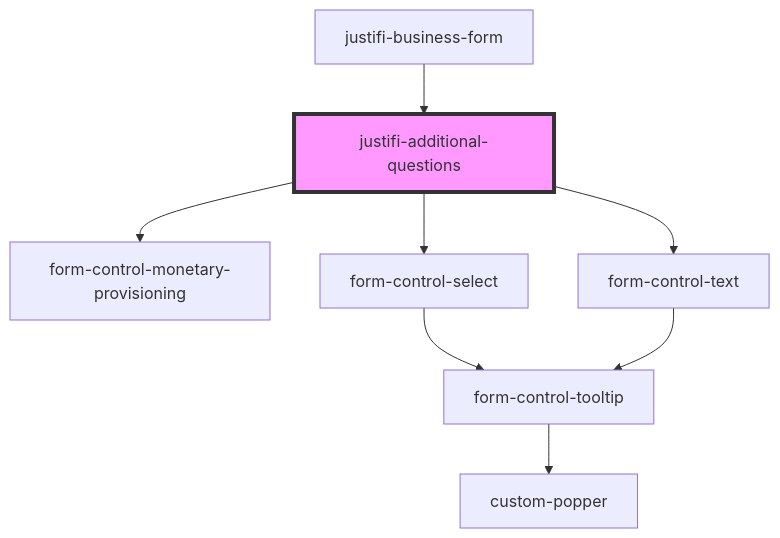
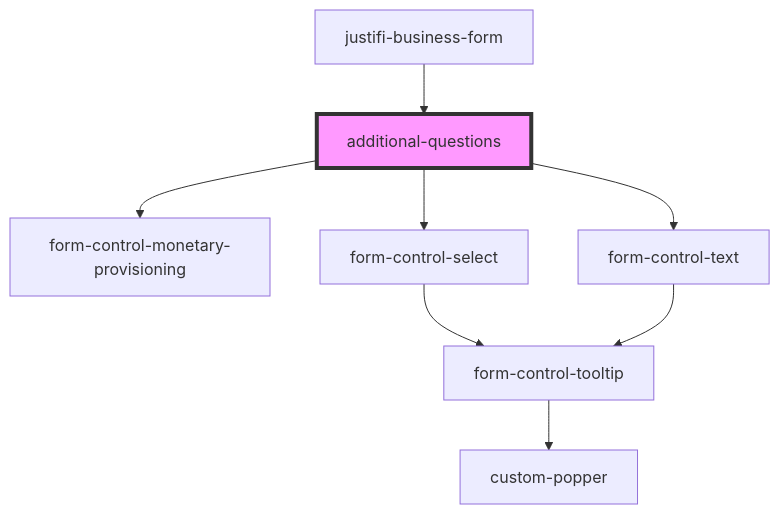
The diagram in packages/webcomponents/src/components/business-forms/business-form/additional-questions/readme.md (justifi-tech/web-component-library), drawn with Mermaid before and after one commit. The commit also changed 14 other files, not shown here.

First line of the commit message:
Refactor business forms components to remove 'Justifi' prefix

````diff
--- a/packages/webcomponents/src/components/business-forms/business-form/additional-questions/readme.md
+++ b/packages/webcomponents/src/components/business-forms/business-form/additional-questions/readme.md
@@ -28,11 +28,11 @@
 ```mermaid
 graph TD;
-  justifi-additional-questions --> form-control-monetary-provisioning
-  justifi-additional-questions --> form-control-select
-  justifi-additional-questions --> form-control-text
+  additional-questions --> form-control-monetary-provisioning
+  additional-questions --> form-control-select
+  additional-questions --> form-control-text
   form-control-select --> form-control-tooltip
   form-control-tooltip --> custom-popper
   form-control-text --> form-control-tooltip
-  justifi-business-form --> justifi-additional-questions
-  style justifi-additional-questions fill:#f9f,stroke:#333,stroke-width:4px
+  justifi-business-form --> additional-questions
+  style additional-questions fill:#f9f,stroke:#333,stroke-width:4px
 ```
````
